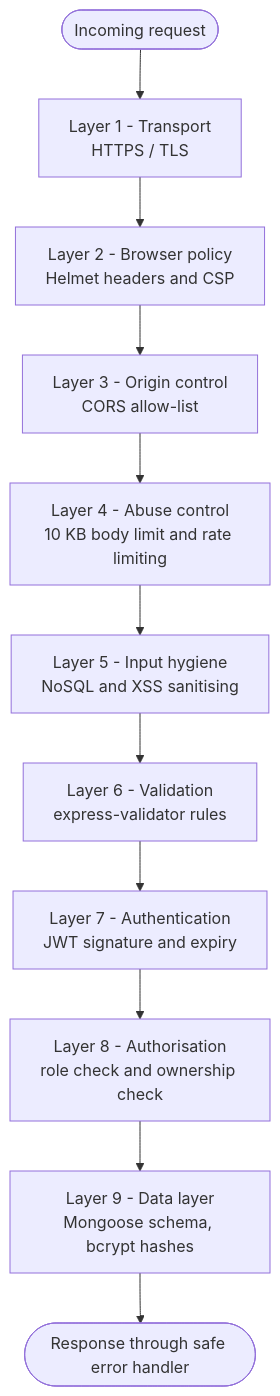
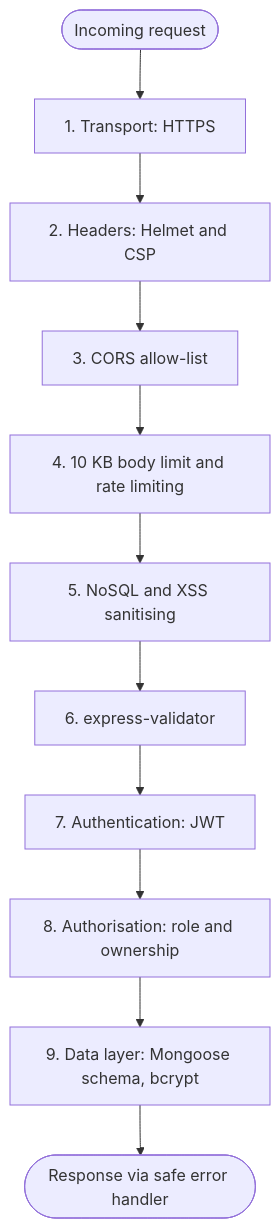
One commit to ChippsEthan/INSY7314Group changed the fourth of 4 diagrams in README.md. Above: the diagram before and after it, drawn with Mermaid. The commit also changed other lines of this file, not shown here.

````diff
--- a/README.md
+++ b/README.md
@@ -415,13 +227,13 @@
 ```mermaid
 flowchart TB
-  A(["Incoming request"]) --> L1
-  L1["Layer 1 - Transport<br/>HTTPS / TLS"] --> L2
-  L2["Layer 2 - Browser policy<br/>Helmet headers and CSP"] --> L3
-  L3["Layer 3 - Origin control<br/>CORS allow-list"] --> L4
-  L4["Layer 4 - Abuse control<br/>10 KB body limit and rate limiting"] --> L5
-  L5["Layer 5 - Input hygiene<br/>NoSQL and XSS sanitising"] --> L6
-  L6["Layer 6 - Validation<br/>express-validator rules"] --> L7
-  L7["Layer 7 - Authentication<br/>JWT signature and expiry"] --> L8
-  L8["Layer 8 - Authorisation<br/>role check and ownership check"] --> L9
-  L9["Layer 9 - Data layer<br/>Mongoose schema, bcrypt hashes"] --> Z(["Response through safe error handler"])
+  A(["Incoming request"]) --> L1["1. Transport: HTTPS"]
+  L1 --> L2["2. Headers: Helmet and CSP"]
+  L2 --> L3["3. CORS allow-list"]
+  L3 --> L4["4. 10 KB body limit and rate limiting"]
+  L4 --> L5["5. NoSQL and XSS sanitising"]
+  L5 --> L6["6. express-validator"]
+  L6 --> L7["7. Authentication: JWT"]
+  L7 --> L8["8. Authorisation: role and ownership"]
+  L8 --> L9["9. Data layer: Mongoose schema, bcrypt"]
+  L9 --> Z(["Response via safe error handler"])
 ```
````
